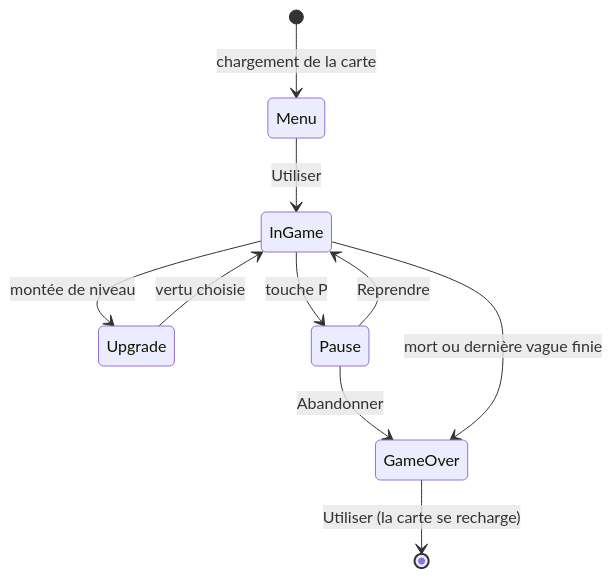
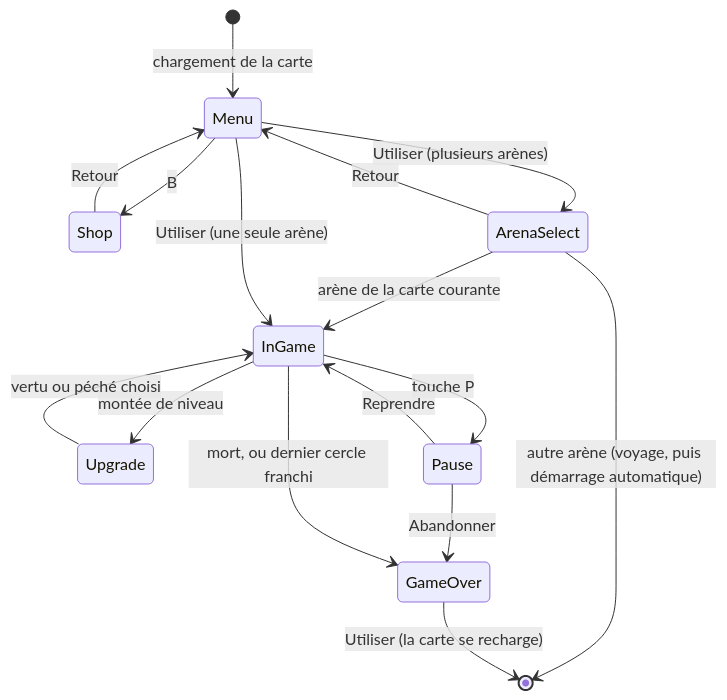
One commit to yann985/DOOMSinwave changed the second of 4 diagrams in docs/ARCHITECTURE.md. Above: the diagram before and after it, drawn with Mermaid. The commit also changed other lines of this file and 8 other files, not shown here.

````diff
--- a/docs/ARCHITECTURE.md
+++ b/docs/ARCHITECTURE.md
@@ -67,12 +107,18 @@
 ```mermaid
 stateDiagram-v2
     [*] --> Menu : chargement de la carte
-    Menu --> InGame : Utiliser
+    Menu --> Shop : B
+    Shop --> Menu : Retour
+    Menu --> ArenaSelect : Utiliser (plusieurs arènes)
+    ArenaSelect --> Menu : Retour
+    ArenaSelect --> InGame : arène de la carte courante
+    ArenaSelect --> [*] : autre arène (voyage, puis démarrage automatique)
+    Menu --> InGame : Utiliser (une seule arène)
     InGame --> Upgrade : montée de niveau
-    Upgrade --> InGame : vertu choisie
+    Upgrade --> InGame : vertu ou péché choisi
     InGame --> Pause : touche P
     Pause --> InGame : Reprendre
     Pause --> GameOver : Abandonner
-    InGame --> GameOver : mort ou dernière vague finie
+    InGame --> GameOver : mort, ou dernier cercle franchi
     GameOver --> [*] : Utiliser (la carte se recharge)
 ```
````
